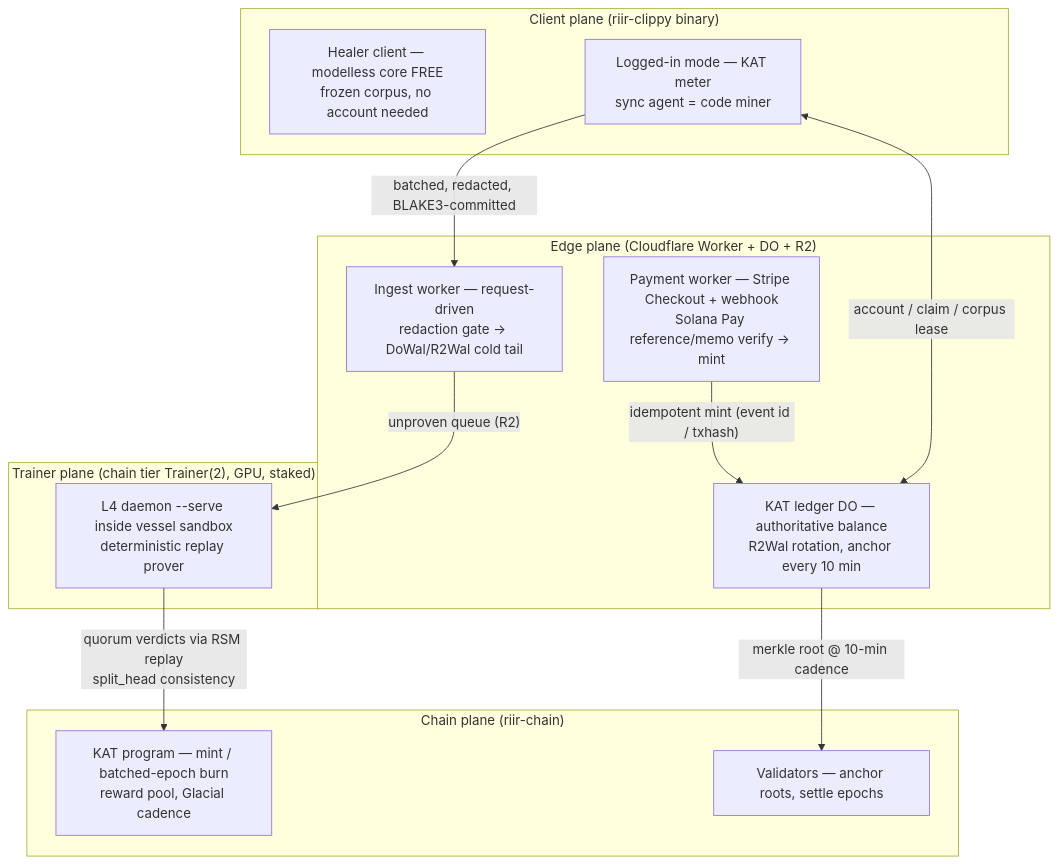
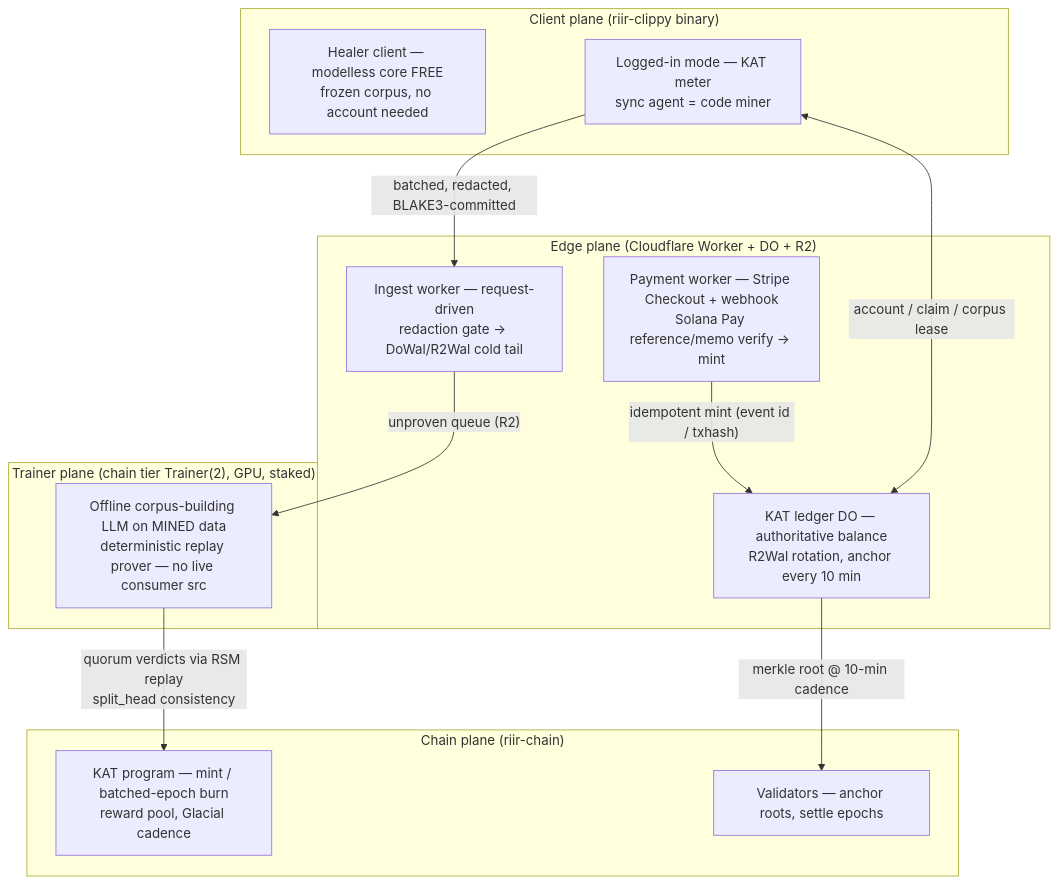
The diagram in .proposals/005_kat_heal_service_network.md (riir-ai/riir-refine), drawn with Mermaid before and after one commit. The commit also changed other lines of this file, not shown here.

Commit message:
docs: proposal 005 amendment — modelless code-token burn is the KAT sink (owner call); fixer node BLOCKED on quality + consumer-src leak, trainer nodes mined-data-only

````diff
--- a/.proposals/005_kat_heal_service_network.md
+++ b/.proposals/005_kat_heal_service_network.md
@@ -41,25 +41,25 @@
 ```mermaid
 graph TD
     subgraph "Client plane (riir-clippy binary)"
         HC["Healer client — modelless core FREE<br/>frozen corpus, no account needed"]
         HC2["Logged-in mode — KAT meter<br/>sync agent = code miner"]
     end
     subgraph "Edge plane (Cloudflare Worker + DO + R2)"
         ING["Ingest worker — request-driven<br/>redaction gate → DoWal/R2Wal cold tail"]
         LED["KAT ledger DO — authoritative balance<br/>R2Wal rotation, anchor every 10 min"]
         PAY["Payment worker — Stripe Checkout + webhook<br/>Solana Pay reference/memo verify → mint"]
     end
     subgraph "Trainer plane (chain tier Trainer(2), GPU, staked)"
-        TR["L4 daemon --serve inside vessel sandbox<br/>deterministic replay prover"]
+        TR["Offline corpus-building LLM on MINED data<br/>deterministic replay prover — no live consumer src"]
     end
     subgraph "Chain plane (riir-chain)"
         KATP["KAT program — mint / batched-epoch burn<br/>reward pool, Glacial cadence"]
         VAL["Validators — anchor roots, settle epochs"]
     end
     HC2 -->|"batched, redacted, BLAKE3-committed"| ING
     ING -->|"unproven queue (R2)"| TR
     TR -->|"quorum verdicts via RSM replay<br/>split_head consistency"| KATP
     PAY -->|"idempotent mint (event id / txhash)"| LED
     LED -->|"merkle root @ 10-min cadence"| VAL
     HC2 <-->|"account / claim / corpus lease"| LED
 ```
````
